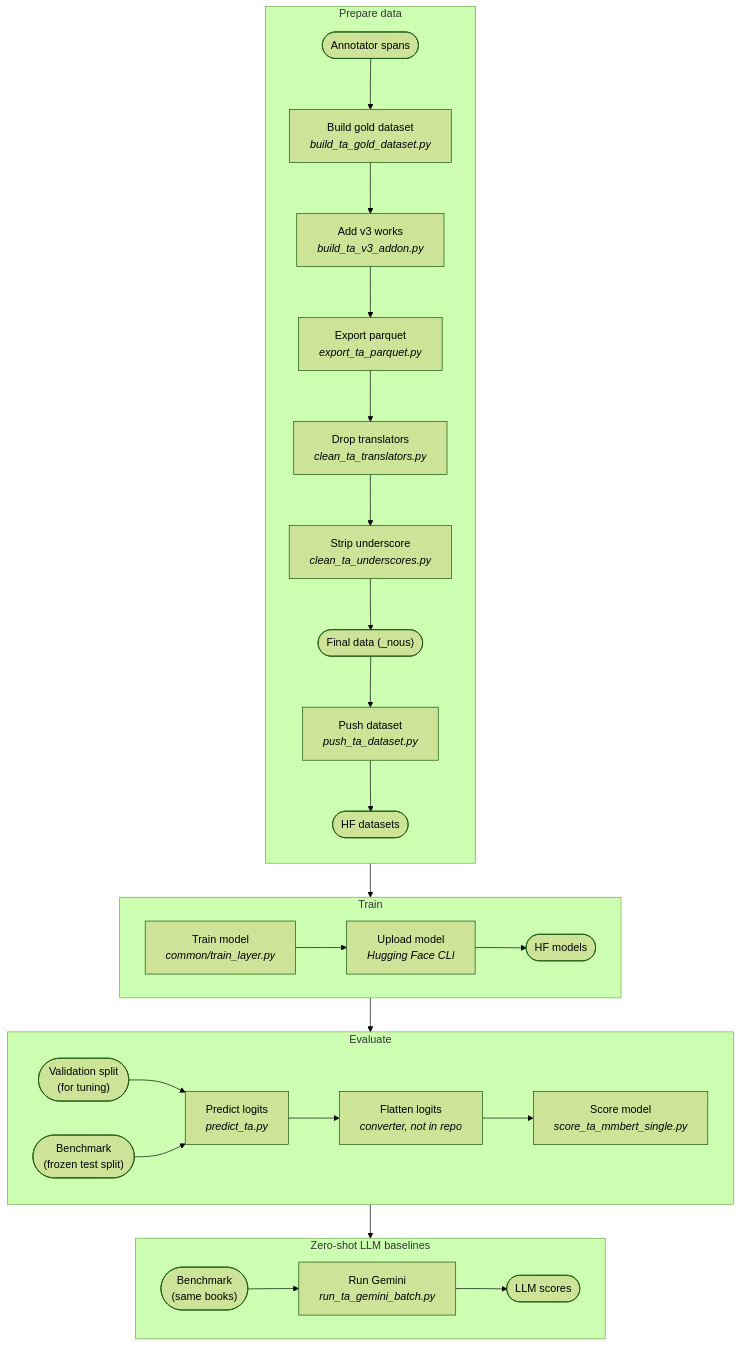
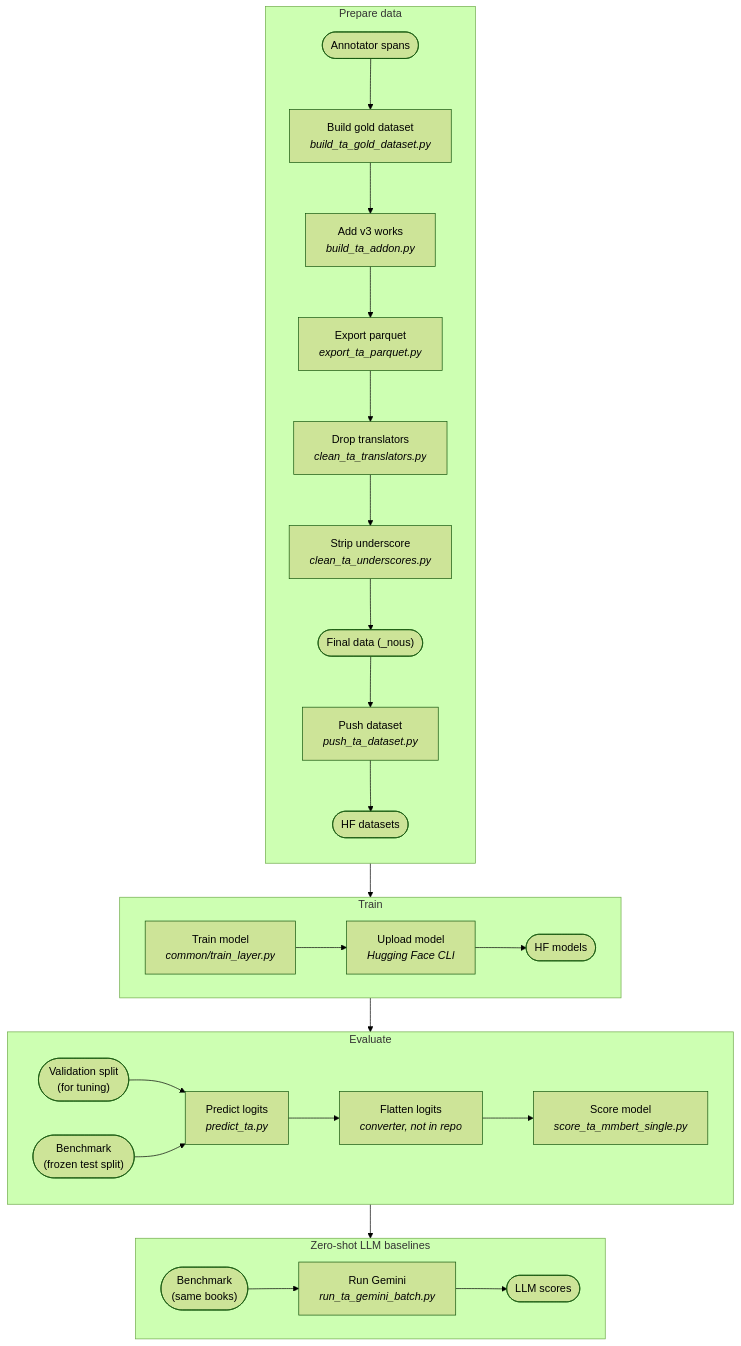
The diagram in title_author/docs/pipeline.mmd (tenzinyonten/tibetan-layer-detection), drawn with Mermaid (forest theme) before and after one commit. The commit also changed 39 other files, not shown here.

```diff
--- a/title_author/docs/pipeline.mmd
+++ b/title_author/docs/pipeline.mmd
@@ -1,33 +1,33 @@
 %%{init: {"flowchart": {"htmlLabels": false}}}%%
 flowchart TD
   subgraph PREP["Prepare data"]
     direction TB
     F1(["Annotator spans"]) --> S1["Build gold dataset<br/><i>build_ta_gold_dataset.py</i>"]
-    S1 --> S2["Add v3 works<br/><i>build_ta_v3_addon.py</i>"]
+    S1 --> S2["Add v3 works<br/><i>build_ta_addon.py</i>"]
     S2 --> S3["Export parquet<br/><i>export_ta_parquet.py</i>"]
     S3 --> S4["Drop translators<br/><i>clean_ta_translators.py</i>"]
     S4 --> S5["Strip underscore<br/><i>clean_ta_underscores.py</i>"]
     S5 --> F2(["Final data (_nous)"])
     F2 --> S6["Push dataset<br/><i>push_ta_dataset.py</i>"]
     S6 --> F3(["HF datasets"])
   end
   subgraph TRAIN["Train"]
     direction LR
     T1["Train model<br/><i>common/train_layer.py</i>"] --> T2["Upload model<br/><i>Hugging Face CLI</i>"]
     T2 --> F4(["HF models"])
   end
   subgraph EVAL["Evaluate"]
     direction LR
     V(["Validation split<br/>(for tuning)"]) --> E1["Predict logits<br/><i>predict_ta.py</i>"]
     B(["Benchmark<br/>(frozen test split)"]) --> E1["Predict logits<br/><i>predict_ta.py</i>"]
     E1 --> E2["Flatten logits<br/><i>converter, not in repo</i>"]
     E2 --> E3["Score model<br/><i>score_ta_mmbert_single.py</i>"]
   end
   subgraph BASE["Zero-shot LLM baselines"]
     direction LR
     B2(["Benchmark<br/>(same books)"]) --> Z1["Run Gemini<br/><i>run_ta_gemini_batch.py</i>"]
     Z1 --> Z2(["LLM scores"])
   end
   PREP --> TRAIN
   TRAIN --> EVAL
   EVAL --> BASE
```
